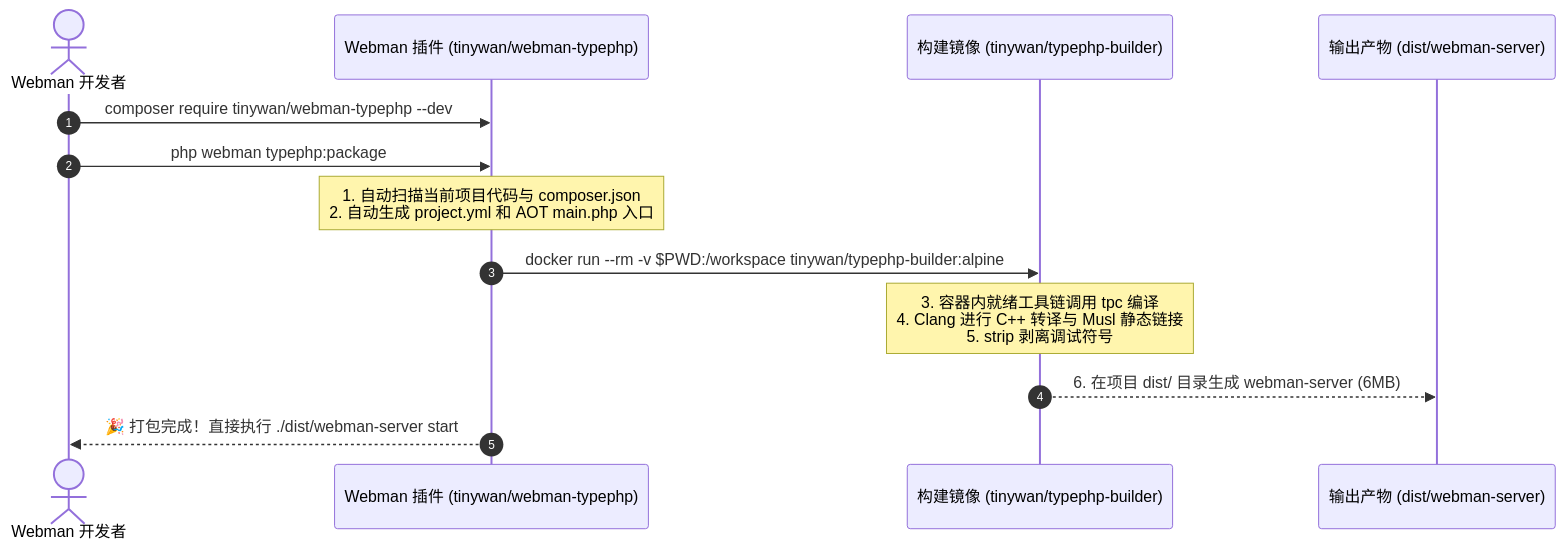
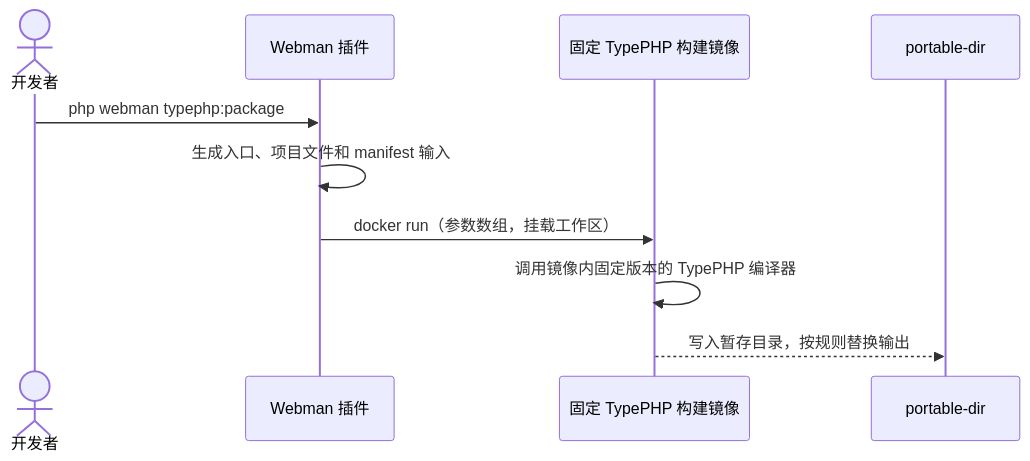
Before and after one commit to Tinywan/webman-typephp: the diagram in TYPEPHP_PLUGIN_PROPOSAL.md, drawn with Mermaid. The commit also changed other lines of this file and 15 other files, not shown here.

Commit message:
feat: complete Phase 1 implementation aligned with TYPEPHP_PLUGIN_PROPOSAL RFC (portable-dir, tests, manifest)

````diff
--- a/TYPEPHP_PLUGIN_PROPOSAL.md
+++ b/TYPEPHP_PLUGIN_PROPOSAL.md
@@ -25,16 +47,12 @@
 ```mermaid
 sequenceDiagram
-    autonumber
-    actor Dev as Webman 开发者
-    participant Plugin as Webman 插件 (tinywan/webman-typephp)
-    participant Docker as 构建镜像 (tinywan/typephp-builder)
-    participant Dist as 输出产物 (dist/webman-server)
-
-    Dev->>Plugin: composer require tinywan/webman-typephp --dev
-    Dev->>Plugin: php webman typephp:package
-    Note over Plugin: 1. 自动扫描当前项目代码与 composer.json<br/>2. 自动生成 project.yml 和 AOT main.php 入口
-    Plugin->>Docker: docker run --rm -v $PWD:/workspace tinywan/typephp-builder:alpine
-    Note over Docker: 3. 容器内就绪工具链调用 tpc 编译<br/>4. Clang 进行 C++ 转译与 Musl 静态链接<br/>5. strip 剥离调试符号
-    Docker-->>Dist: 6. 在项目 dist/ 目录生成 webman-server (6MB)
-    Plugin-->>Dev: 🎉 打包完成！直接执行 ./dist/webman-server start
+    actor Developer as 开发者
+    participant Plugin as Webman 插件
+    participant Docker as 固定 TypePHP 构建镜像
+    participant Artifact as portable-dir
+    Developer->>Plugin: php webman typephp:package
+    Plugin->>Plugin: 生成入口、项目文件和 manifest 输入
+    Plugin->>Docker: docker run（参数数组，挂载工作区）
+    Docker->>Docker: 调用镜像内固定版本的 TypePHP 编译器
+    Docker-->>Artifact: 写入暂存目录，按规则替换输出
 ```
````
